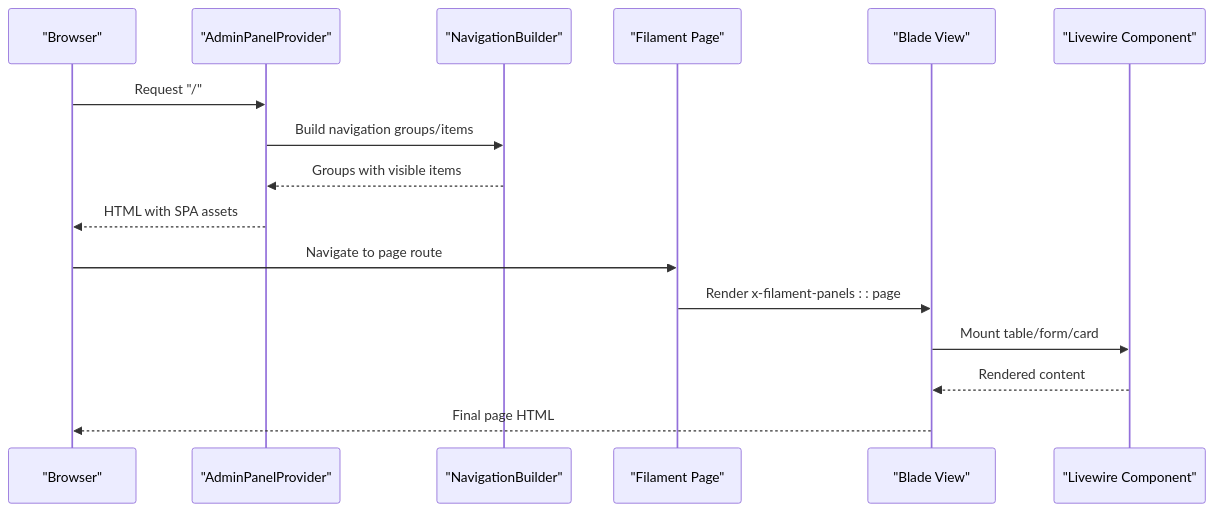
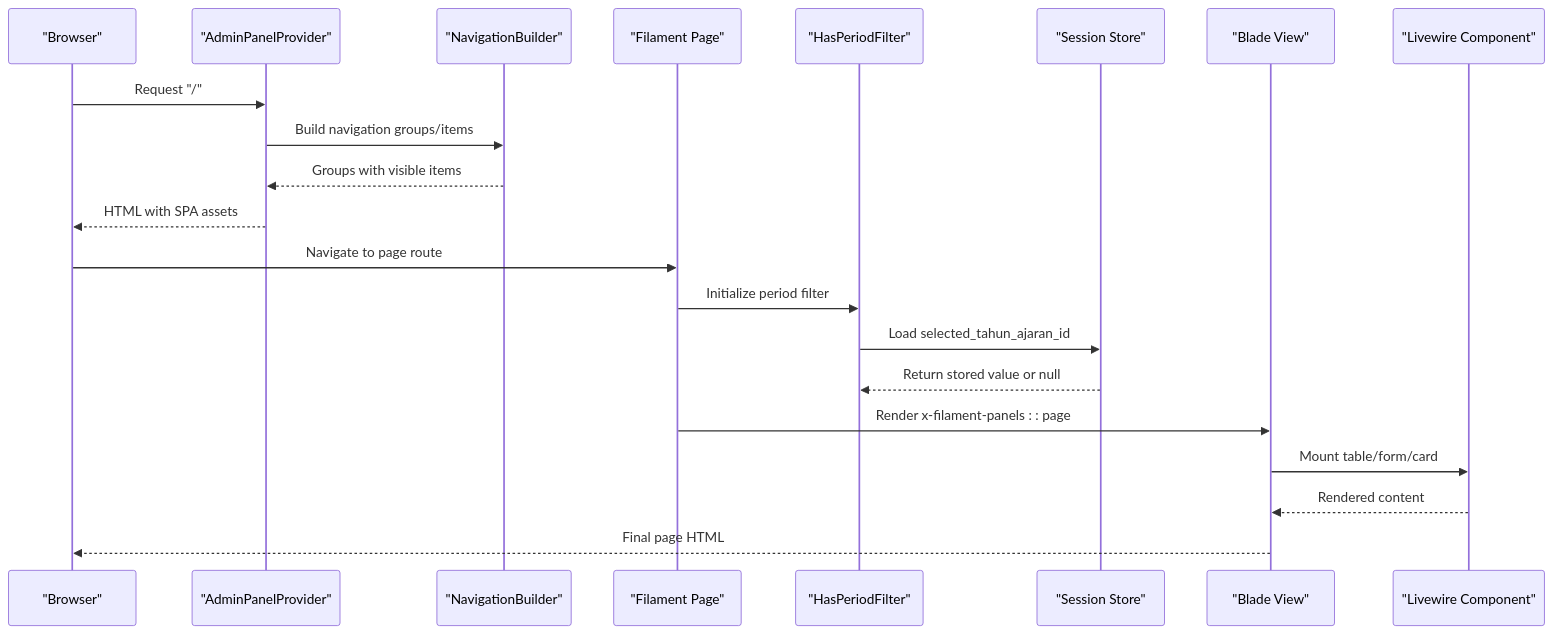
Before and after one commit to Fathurrahman-R/Manajemen-Keuangan-dan-SPP-Handayani: the second of 14 diagrams in .qoder/repowiki/en/content/Project Overview/System Architecture/Application Components/Admin Panel Components/Filament Pages.md, drawn with Mermaid. The commit also changed other lines of this file and 77 other files, not shown here.

````diff
--- a/.qoder/repowiki/en/content/Project Overview/System Architecture/Application Components/Admin Panel Components/Filament Pages.md
+++ b/.qoder/repowiki/en/content/Project Overview/System Architecture/Application Components/Admin Panel Components/Filament Pages.md
@@ -75,18 +93,23 @@
 ```mermaid
 sequenceDiagram
 participant Browser as "Browser"
 participant Panel as "AdminPanelProvider"
 participant Nav as "NavigationBuilder"
 participant Page as "Filament Page"
+participant Period as "HasPeriodFilter"
+participant Session as "Session Store"
 participant View as "Blade View"
 participant LW as "Livewire Component"
 Browser->>Panel : Request "/"
 Panel->>Nav : Build navigation groups/items
 Nav-->>Panel : Groups with visible items
 Panel-->>Browser : HTML with SPA assets
 Browser->>Page : Navigate to page route
+Page->>Period : Initialize period filter
+Period->>Session : Load selected_tahun_ajaran_id
+Session-->>Period : Return stored value or null
 Page->>View : Render x-filament-panels : : page
 View->>LW : Mount table/form/card
 LW-->>View : Rendered content
 View-->>Browser : Final page HTML
 ```
````
